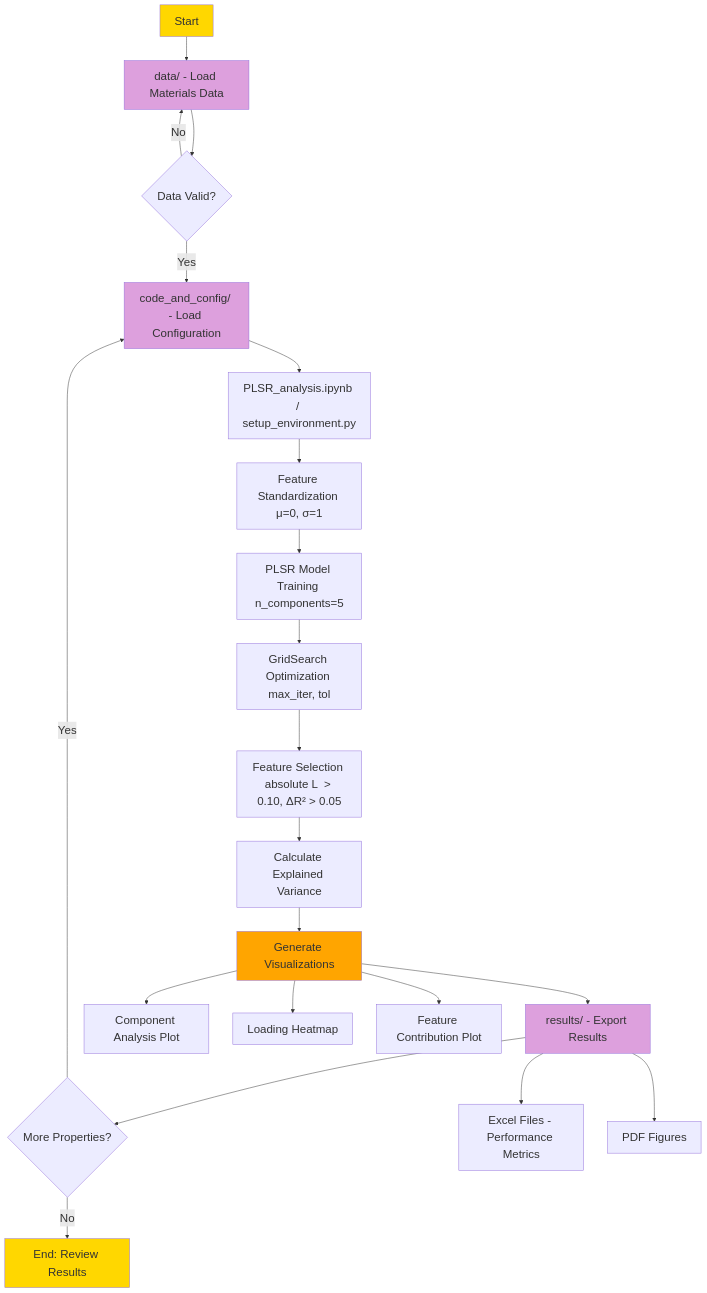
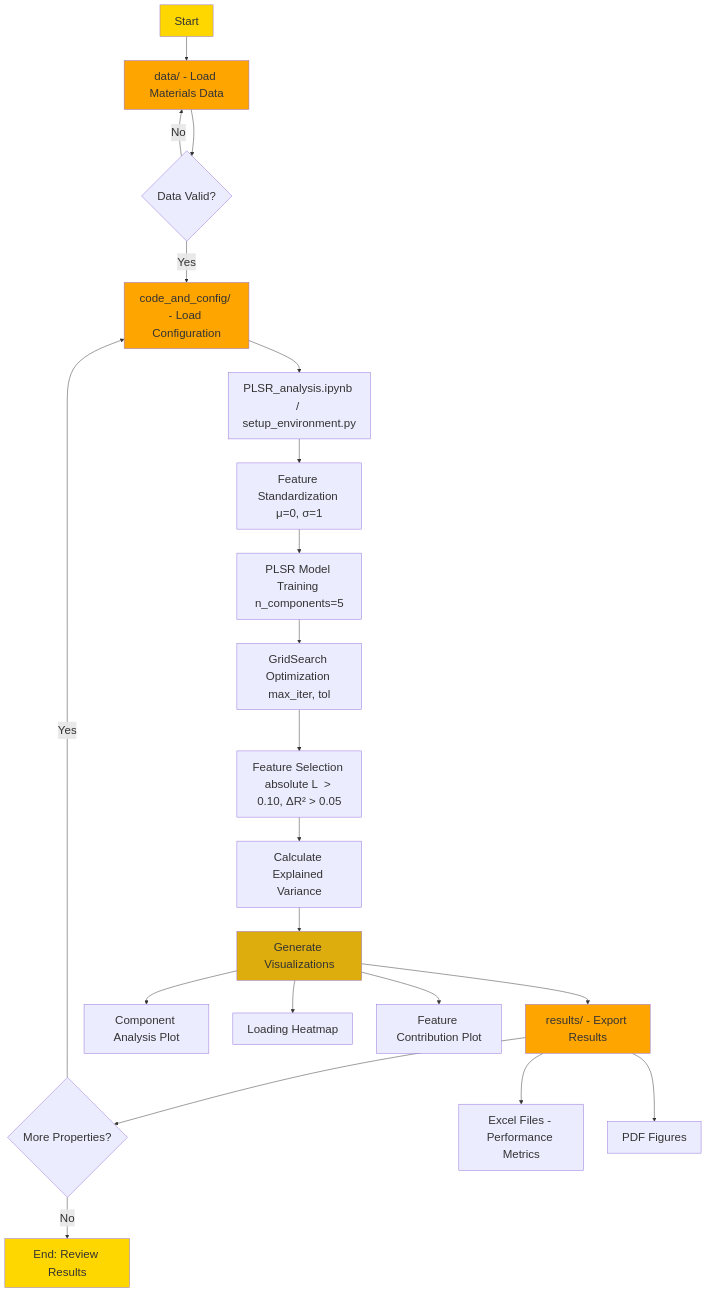
Before and after one commit to Shaswat-qm-researcher/Physics-Informed-Symbolic-Regression-for-Phonon-Related-Property-Prediction-and-Materials-Discovery: the diagram in plsr_feature_selection/README.md, drawn with Mermaid.

````diff
--- a/plsr_feature_selection/README.md
+++ b/plsr_feature_selection/README.md
@@ -24,46 +24,46 @@
 ```mermaid
 flowchart TD
     A[Start] --> B[data/ - Load Materials Data]
     B --> C{Data Valid?}
     C -->|No| B
     C -->|Yes| D[code_and_config/ - Load Configuration]
     D --> E[PLSR_analysis.ipynb / setup_environment.py]
     E --> F[Feature Standardization μ=0, σ=1]
     F --> G[PLSR Model Training n_components=5]
     G --> H[GridSearch Optimization max_iter, tol]
     H --> I[Feature Selection absolute L  > 0.10, ΔR² > 0.05]
     I --> J[Calculate Explained Variance]
     J --> K[Generate Visualizations]
     K --> L[results/ - Export Results]
     L --> M{More Properties?}
     M -->|Yes| D
     M -->|No| N[End: Review Results]
     
     K --> K1[Component Analysis Plot]
     K --> K2[Loading Heatmap]
     K --> K3[Feature Contribution Plot]
     
     L --> L1[Excel Files - Performance Metrics]
     L --> L2[PDF Figures]
 
 style A fill:#FFD700, font-size:24px, font-family:Arial
-style B fill:#DDA0DD, font-size:24px, font-family:Arial
+style B fill:#FFA500, font-size:24px, font-family:Arial
 style C font-size:24px, font-family:Arial
-style D fill:#DDA0DD, font-size:24px, font-family:Arial
+style D fill:#FFA500, font-size:24px, font-family:Arial
 style E font-size:24px, font-family:Arial
 style F font-size:24px, font-family:Arial
 style G font-size:24px, font-family:Arial
 style H font-size:24px, font-family:Arial
 style I font-size:24px, font-family:Arial
 style J font-size:24px, font-family:Arial
-style K fill:#FFA500, font-size:24px, font-family:Arial
+style K fill:#DDAD0D, font-size:24px, font-family:Arial
 style K1 font-size:24px, font-family:Arial
 style K2 font-size:24px, font-family:Arial
 style K3 font-size:24px, font-family:Arial
-style L fill:#DDA0DD, font-size:24px, font-family:Arial
+style L fill:#FFA500, font-size:24px, font-family:Arial
 style L1 font-size:24px, font-family:Arial
 style L2 font-size:24px, font-family:Arial
 style M font-size:24px, font-family:Arial
 style N fill:#FFD700, font-size:24px, font-family:Arial
 linkStyle 0,1,2,3,4,5,6,7,8,9,10,11,12,13,14,15 font-size:24px, font-family:Arial
 ```
````
